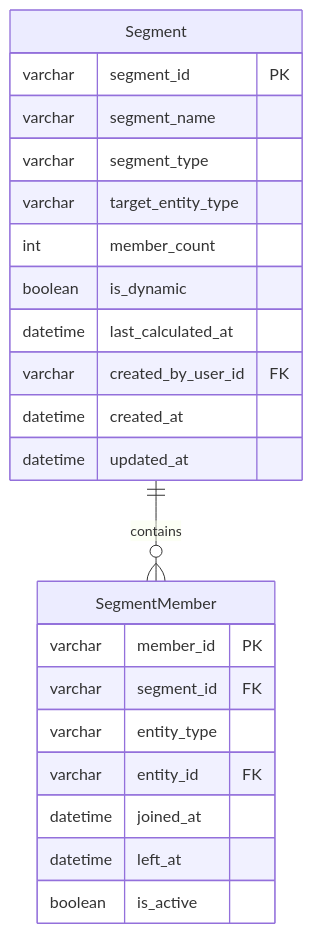
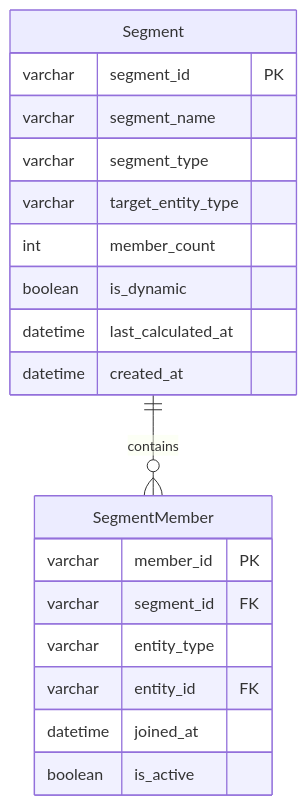
Diagram 13 of 25 in docs/b2b-cdp-entity-design.md (312268112/advanced-java), drawn with Mermaid before and after one commit. The commit also changed other lines of this file, not shown here.

````diff
--- a/docs/b2b-cdp-entity-design.md
+++ b/docs/b2b-cdp-entity-design.md
@@ -677,27 +529,24 @@
 ```mermaid
 erDiagram
     Segment ||--o{ SegmentMember : contains
     
     Segment {
         varchar segment_id PK
         varchar segment_name
         varchar segment_type
         varchar target_entity_type
         int member_count
         boolean is_dynamic
         datetime last_calculated_at
-        varchar created_by_user_id FK
         datetime created_at
-        datetime updated_at
     }
     
     SegmentMember {
         varchar member_id PK
         varchar segment_id FK
         varchar entity_type
         varchar entity_id FK
         datetime joined_at
-        datetime left_at
         boolean is_active
     }
 ```
````
